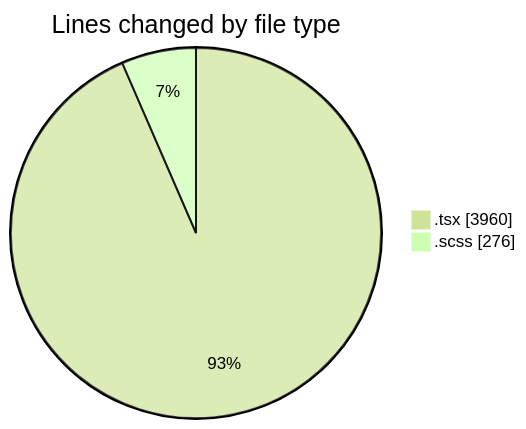
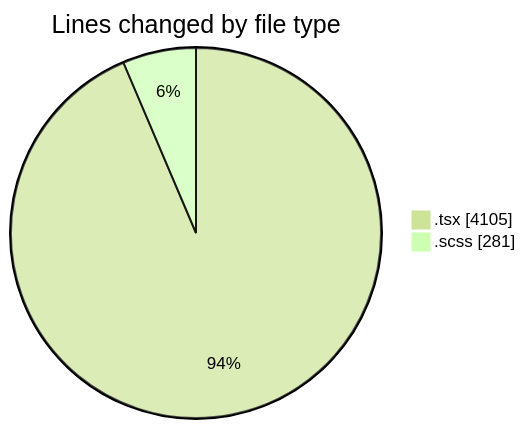
Before and after one commit to momahboobian/code-tracking: the first of 2 diagrams in 2025-11-11/cda/README.md, drawn with Mermaid (forest theme). The commit also changed other lines of this file and 1 other file, not shown here.

````diff
--- a/2025-11-11/cda/README.md
+++ b/2025-11-11/cda/README.md
@@ -25,6 +25,6 @@
 ```mermaid
 pie showData
 title Lines changed by file type
-".tsx" : 3960
-".scss" : 276
+".tsx" : 4105
+".scss" : 281
 ```
````
